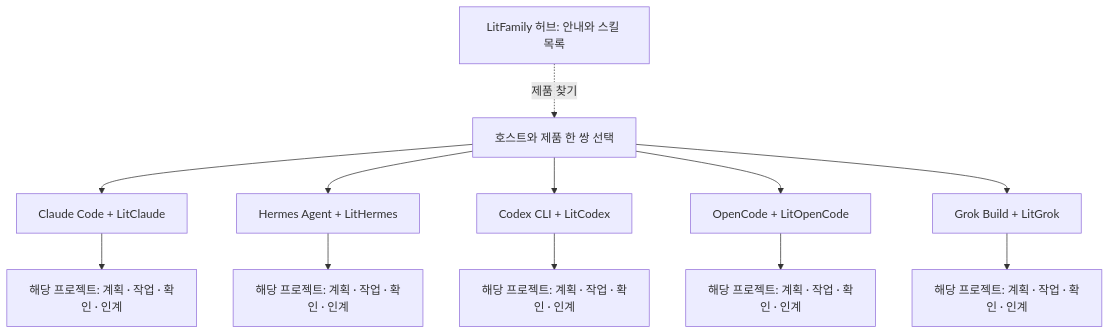
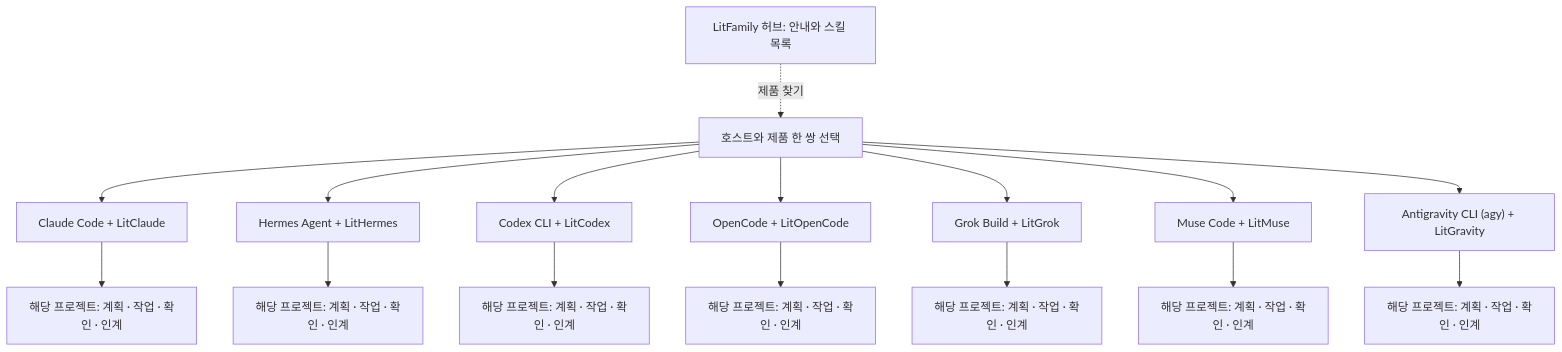
Before and after one commit to wjgoarxiv/litfamily: the diagram in README_ko-KR.md, drawn with Mermaid. The commit also changed other lines of this file and 47 other files, not shown here.

Commit message:
docs(hub): welcome LitMuse and LitGravity

````diff
--- a/README_ko-KR.md
+++ b/README_ko-KR.md
@@ -162,14 +170,18 @@
 ```mermaid
 flowchart TB
     Hub["LitFamily 허브: 안내와 스킬 목록"] -. "제품 찾기" .-> User["호스트와 제품 한 쌍 선택"]
     User --> C["Claude Code + LitClaude"]
     User --> H["Hermes Agent + LitHermes"]
     User --> X["Codex CLI + LitCodex"]
     User --> O["OpenCode + LitOpenCode"]
     User --> G["Grok Build + LitGrok"]
+    User --> M["Muse Code + LitMuse"]
+    User --> A["Antigravity CLI (agy) + LitGravity"]
     C --> CP["해당 프로젝트: 계획 · 작업 · 확인 · 인계"]
     H --> HP["해당 프로젝트: 계획 · 작업 · 확인 · 인계"]
     X --> XP["해당 프로젝트: 계획 · 작업 · 확인 · 인계"]
     O --> OP["해당 프로젝트: 계획 · 작업 · 확인 · 인계"]
     G --> GP["해당 프로젝트: 계획 · 작업 · 확인 · 인계"]
+    M --> MP["해당 프로젝트: 계획 · 작업 · 확인 · 인계"]
+    A --> AP["해당 프로젝트: 계획 · 작업 · 확인 · 인계"]
 ```
````
